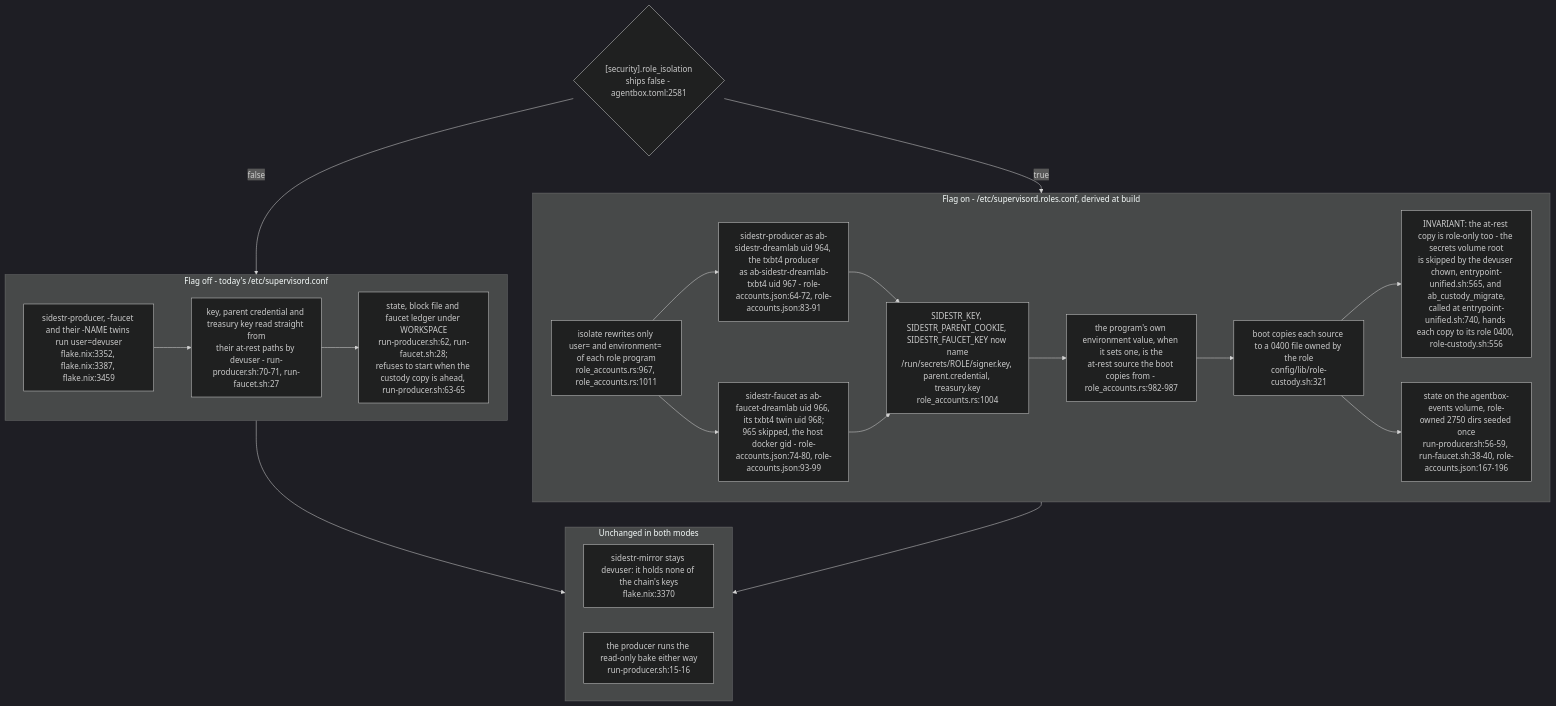
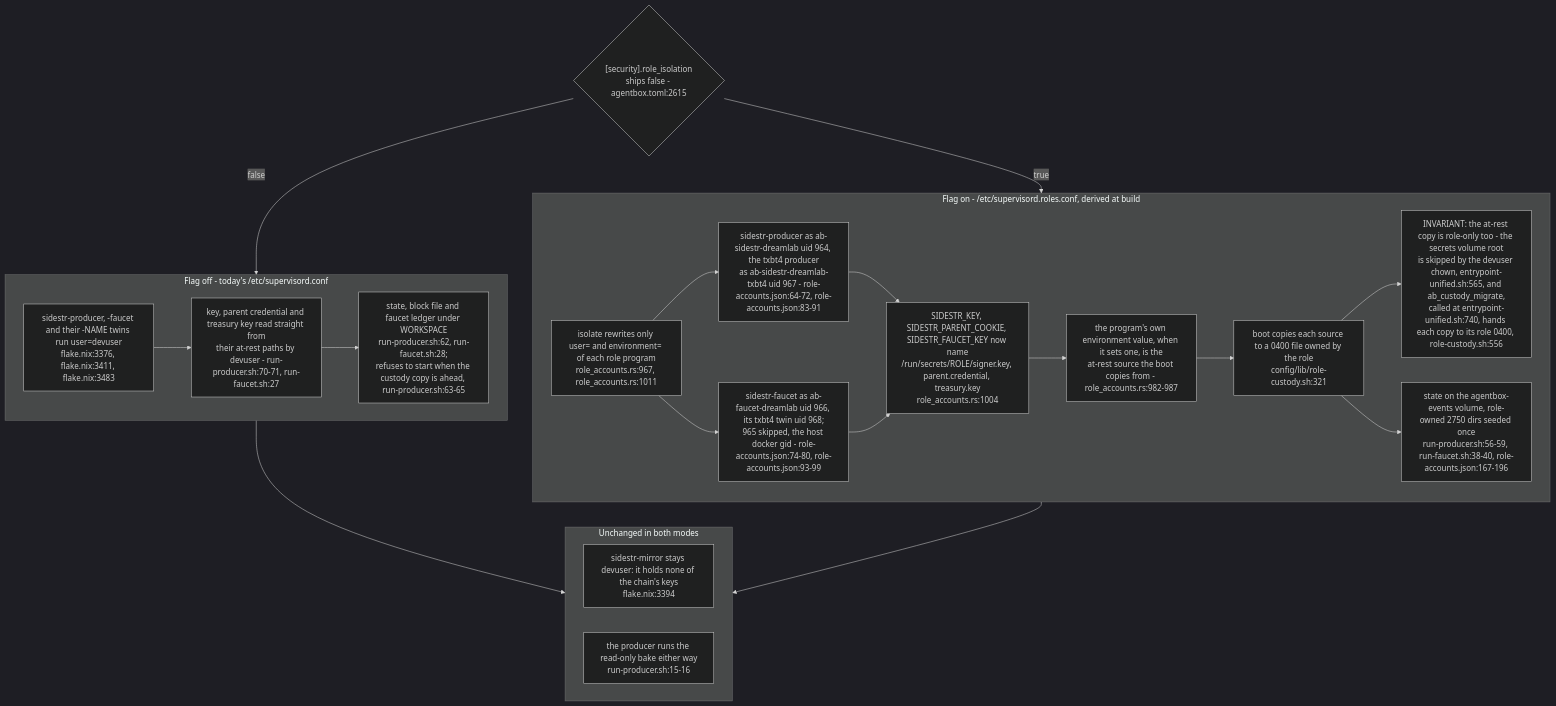
The sixth of 6 diagrams in docs/diagrams/agentbox/34-sidestr-interim-producer-and-mirror.md (DreamLab-AI/VisionFlow), drawn with Mermaid (dark theme) before and after one commit. The commit also changed other lines of this file and 7 other files, not shown here.

````diff
--- a/docs/diagrams/agentbox/34-sidestr-interim-producer-and-mirror.md
+++ b/docs/diagrams/agentbox/34-sidestr-interim-producer-and-mirror.md
@@ -253,33 +253,33 @@
 ```mermaid
 flowchart TB
-    FLAG{"[security].role_isolation<br/>ships false - agentbox.toml:2581"}
+    FLAG{"[security].role_isolation<br/>ships false - agentbox.toml:2615"}
     subgraph off["Flag off - today's /etc/supervisord.conf"]
-        O1["sidestr-producer, -faucet and their -NAME twins run user=devuser<br/>flake.nix:3352, flake.nix:3387, flake.nix:3459"]
+        O1["sidestr-producer, -faucet and their -NAME twins run user=devuser<br/>flake.nix:3376, flake.nix:3411, flake.nix:3483"]
         O2["key, parent credential and treasury key read straight from<br/>their at-rest paths by devuser - run-producer.sh:70-71, run-faucet.sh:27"]
         O3["state, block file and faucet ledger under WORKSPACE<br/>run-producer.sh:62, run-faucet.sh:28;<br/>refuses to start when the custody copy is ahead, run-producer.sh:63-65"]
         O1 --> O2 --> O3
     end
     subgraph on["Flag on - /etc/supervisord.roles.conf, derived at build"]
         R1["isolate rewrites only user= and environment= of each role program<br/>role_accounts.rs:967, role_accounts.rs:1011"]
         R2["sidestr-producer as ab-sidestr-dreamlab uid 964, the txbt4 producer<br/>as ab-sidestr-dreamlab-txbt4 uid 967 - role-accounts.json:64-72, role-accounts.json:83-91"]
         R3["sidestr-faucet as ab-faucet-dreamlab uid 966, its txbt4 twin uid 968;<br/>965 skipped, the host docker gid - role-accounts.json:74-80, role-accounts.json:93-99"]
         R4["SIDESTR_KEY, SIDESTR_PARENT_COOKIE, SIDESTR_FAUCET_KEY now name<br/>/run/secrets/ROLE/signer.key, parent.credential, treasury.key<br/>role_accounts.rs:1004"]
         R5["the program's own environment value, when it sets one, is the<br/>at-rest source the boot copies from - role_accounts.rs:982-987"]
         R6["boot copies each source to a 0400 file owned by the role<br/>config/lib/role-custody.sh:321"]
         R7["INVARIANT: the at-rest copy is role-only too - the secrets volume root<br/>is skipped by the devuser chown, entrypoint-unified.sh:565, and ab_custody_migrate,<br/>called at entrypoint-unified.sh:740, hands each copy to its role 0400, role-custody.sh:556"]
         R8["state on the agentbox-events volume, role-owned 2750 dirs seeded once<br/>run-producer.sh:56-59, run-faucet.sh:38-40, role-accounts.json:167-196"]
         R6 --> R7
         R6 --> R8
         R1 --> R2 --> R4
         R1 --> R3 --> R4
         R4 --> R5 --> R6
     end
     subgraph same["Unchanged in both modes"]
-        U1["sidestr-mirror stays devuser: it holds none of the chain's keys<br/>flake.nix:3370"]
+        U1["sidestr-mirror stays devuser: it holds none of the chain's keys<br/>flake.nix:3394"]
         U2["the producer runs the read-only bake either way<br/>run-producer.sh:15-16"]
     end
     FLAG -->|false| off
     FLAG -->|true| on
     off --> same
     on --> same
 ```
````
